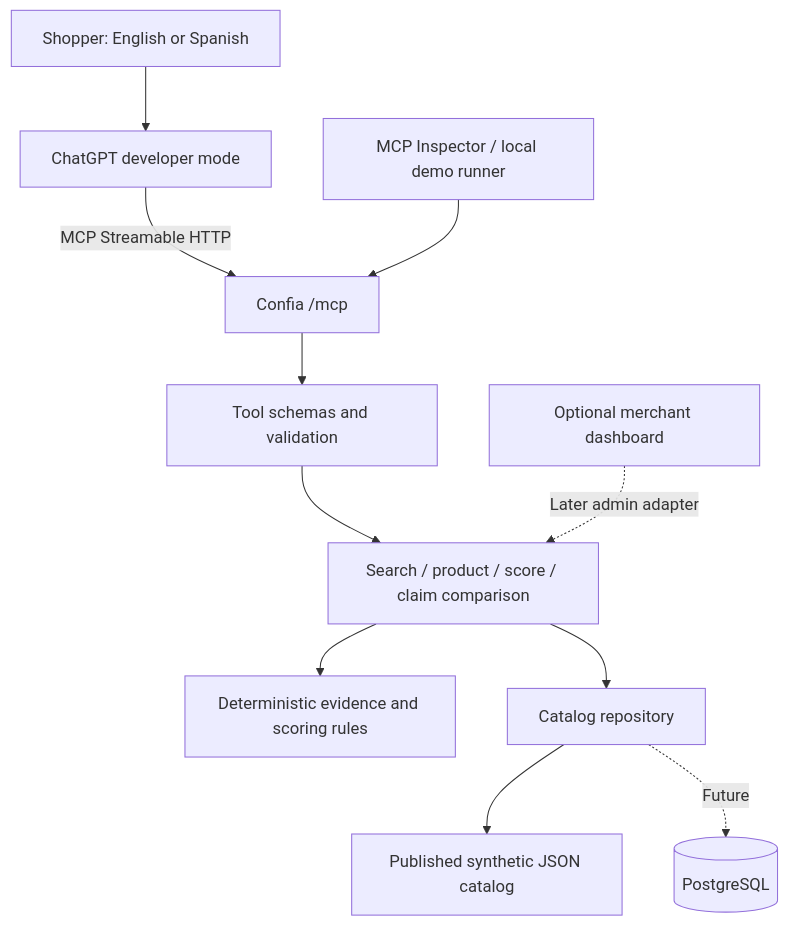
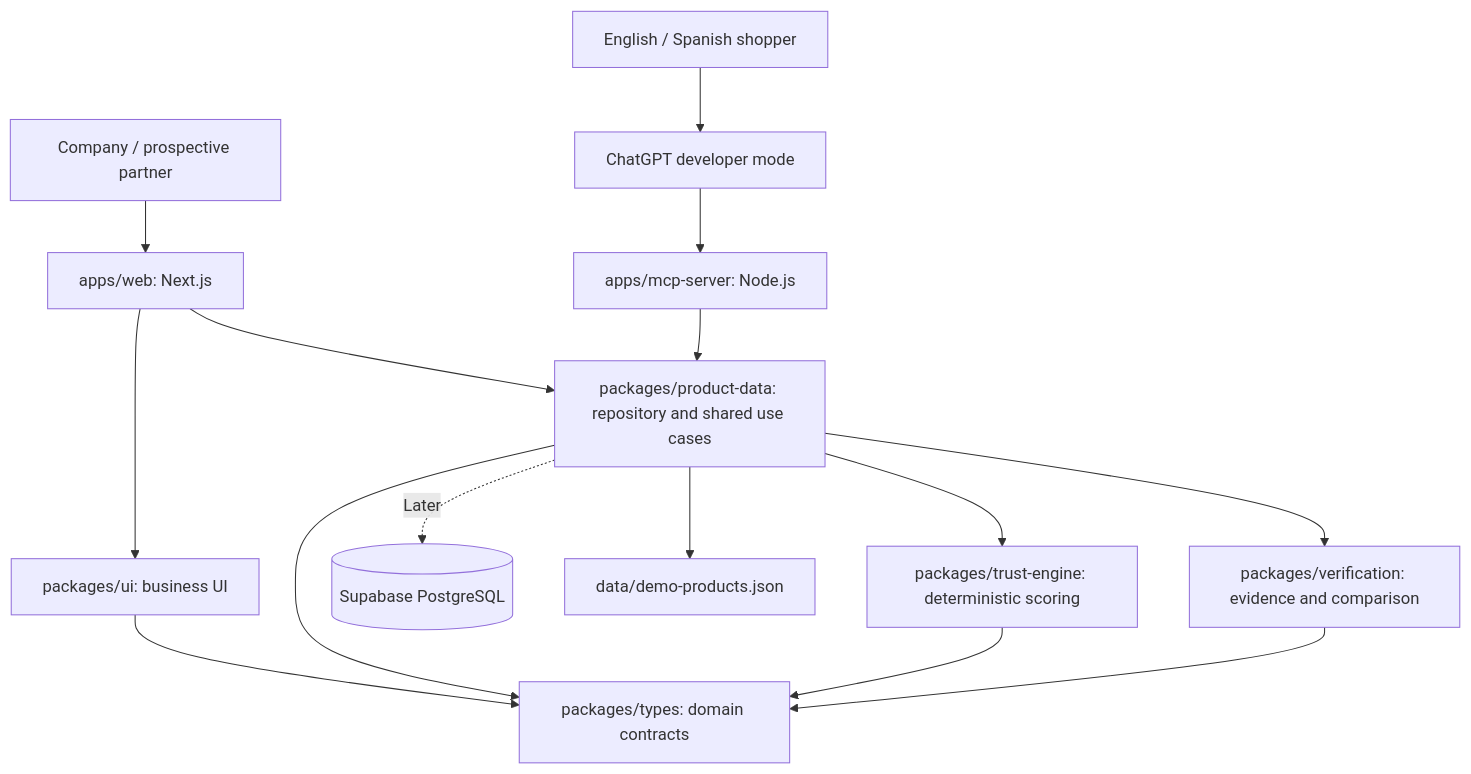
The first of 2 diagrams in docs/ARCHITECTURE.md (AlphaKnight1701-A/Confia), drawn with Mermaid before and after one commit. The commit also changed other lines of this file and 56 other files, not shown here.

````diff
--- a/docs/ARCHITECTURE.md
+++ b/docs/ARCHITECTURE.md
@@ -9,13 +13,17 @@
 ```mermaid
 flowchart TD
-    User[Shopper: English or Spanish] --> GPT[ChatGPT developer mode]
-    GPT -->|MCP Streamable HTTP| MCP[Confia /mcp]
-    MCP --> Validate[Tool schemas and validation]
-    Validate --> Services[Search / product / score / claim comparison]
-    Services --> Domain[Deterministic evidence and scoring rules]
-    Services --> Repo[Catalog repository]
-    Repo --> JSON[Published synthetic JSON catalog]
-    Repo -. Future .-> DB[(PostgreSQL)]
-    Inspector[MCP Inspector / local demo runner] --> MCP
-    Merchant[Optional merchant dashboard] -. Later admin adapter .-> Services
+    Business[Company / prospective partner] --> Web[apps/web: Next.js]
+    Shopper[English / Spanish shopper] --> ChatGPT[ChatGPT developer mode]
+    ChatGPT --> MCP[apps/mcp-server: Node.js]
+    Web --> Data[packages/product-data: repository and shared use cases]
+    MCP --> Data
+    Data --> Verification[packages/verification: evidence and comparison]
+    Data --> Trust[packages/trust-engine: deterministic scoring]
+    Data --> Catalog[data/demo-products.json]
+    Data -. Later .-> Database[(Supabase PostgreSQL)]
+    Web --> UI[packages/ui: business UI]
+    Data --> Types[packages/types: domain contracts]
+    Verification --> Types
+    Trust --> Types
+    UI --> Types
 ```
````
